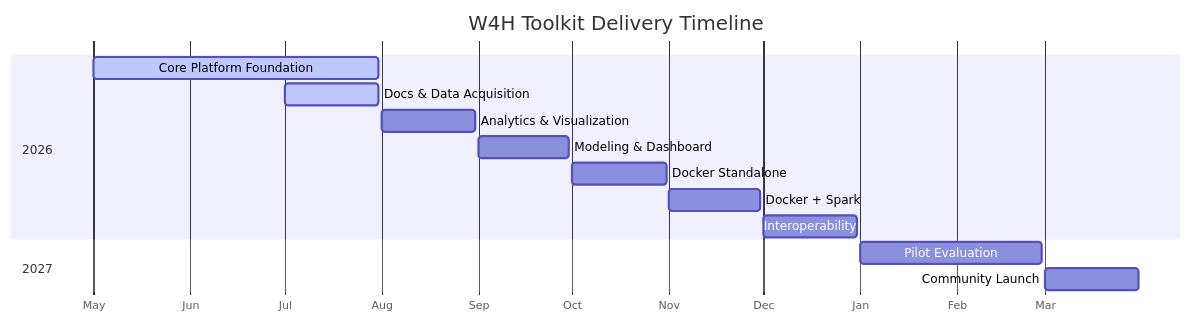
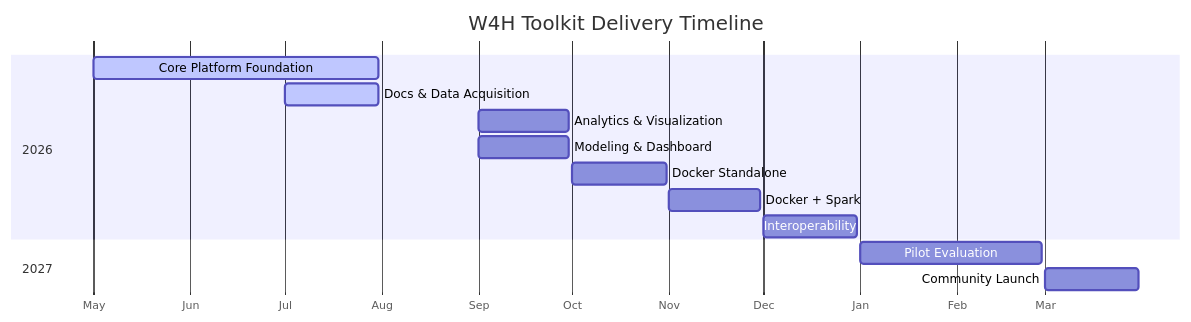
Before and after one commit to USC-InfoLab/w4h-docs: the second of 3 diagrams in dev/mvp.md, drawn with Mermaid. The commit also changed other lines of this file and 7 other files, not shown here.

````diff
--- a/dev/mvp.md
+++ b/dev/mvp.md
@@ -576,19 +585,19 @@
 ```mermaid
 gantt
     title W4H Toolkit Delivery Timeline
     dateFormat YYYY-MM-DD
     axisFormat %b
 
     section 2026
     Core Platform Foundation         :active, m1, 2026-05-01, 2026-07-31
     Docs & Data Acquisition          :active, m2, 2026-07-01, 2026-07-31
-    Analytics & Visualization        :m3,     2026-08-01, 2026-08-31
+    Analytics & Visualization        :m3,     2026-09-01, 2026-09-30
     Modeling & Dashboard             :m4,     2026-09-01, 2026-09-30
     Docker Standalone                :m5,     2026-10-01, 2026-10-31
     Docker + Spark                   :m6,     2026-11-01, 2026-11-30
     Interoperability                 :m7,     2026-12-01, 2026-12-31
 
     section 2027
     Pilot Evaluation                 :m8,     2027-01-01, 2027-02-28
     Community Launch                 :m9,     2027-03-01, 2027-03-31
 ```
````
